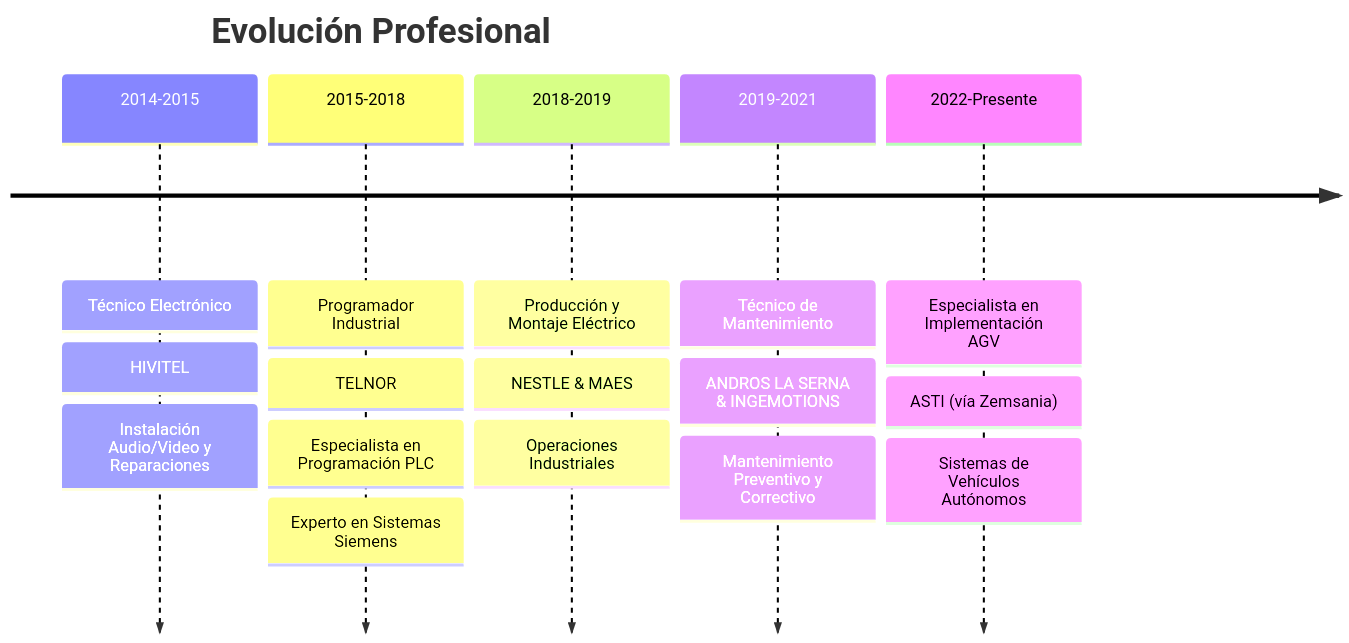
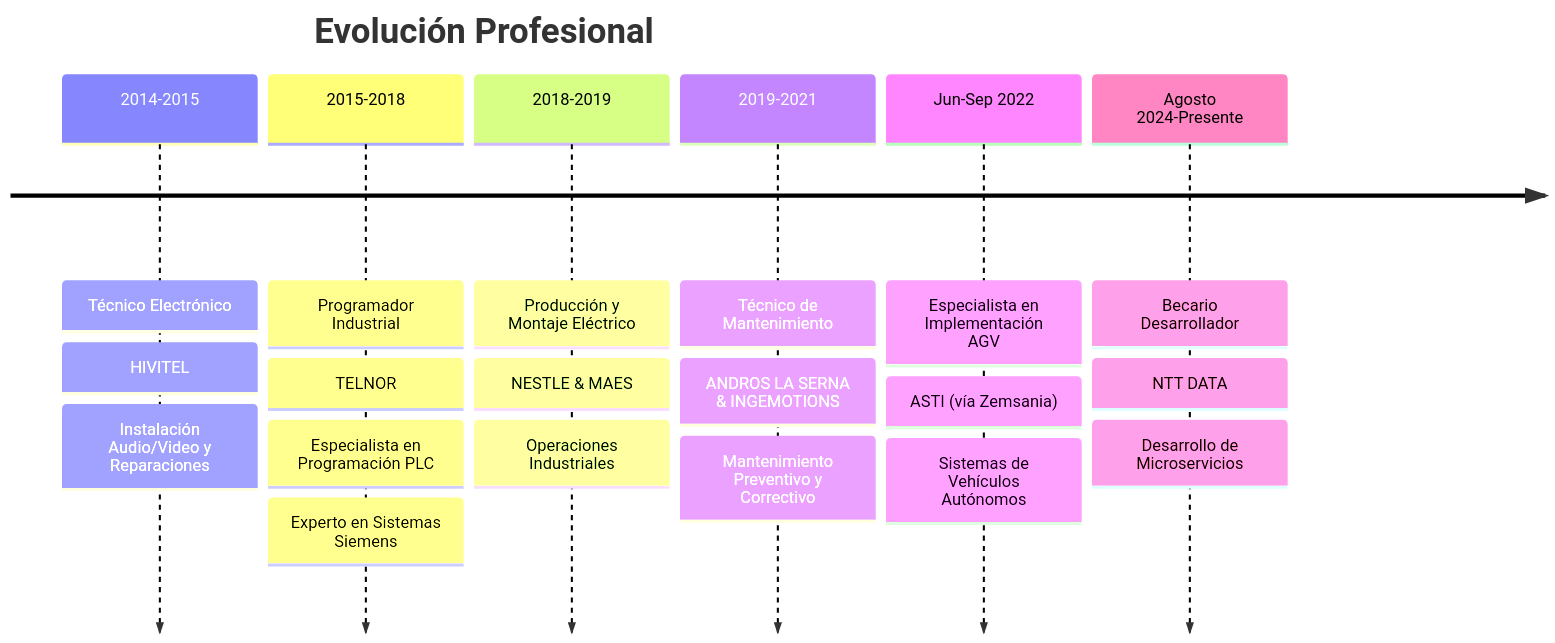
One commit to ICEHIT/ICEHIT changed the diagram in README.md. Above: the diagram before and after it, drawn with Mermaid. The commit also changed other lines of this file, not shown here.

````diff
--- a/README.md
+++ b/README.md
@@ -119,25 +120,29 @@
 ```mermaid
 timeline
     title Evolución Profesional
     
     2014-2015 : Técnico Electrónico
               : HIVITEL
               : Instalación Audio/Video y Reparaciones
     
     2015-2018 : Programador Industrial
               : TELNOR
               : Especialista en Programación PLC
               : Experto en Sistemas Siemens
     
     2018-2019 : Producción y Montaje Eléctrico
               : NESTLE & MAES
               : Operaciones Industriales
     
     2019-2021 : Técnico de Mantenimiento
               : ANDROS LA SERNA & INGEMOTIONS
               : Mantenimiento Preventivo y Correctivo
     
-    2022-Presente : Especialista en Implementación AGV
-                  : ASTI (vía Zemsania)
-                  : Sistemas de Vehículos Autónomos
+    Jun-Sep 2022 : Especialista en Implementación AGV
+                 : ASTI (vía Zemsania)
+                 : Sistemas de Vehículos Autónomos
+    
+    Agosto 2024-Presente : Becario Desarrollador
+                         : NTT DATA
+                         : Desarrollo de Microservicios
 ```
````
